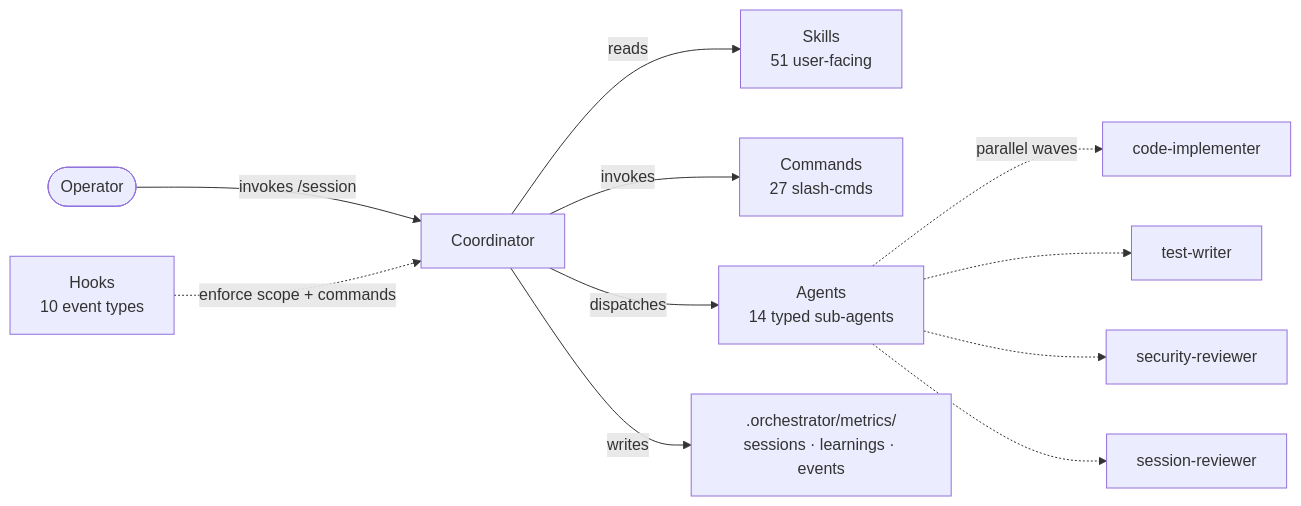
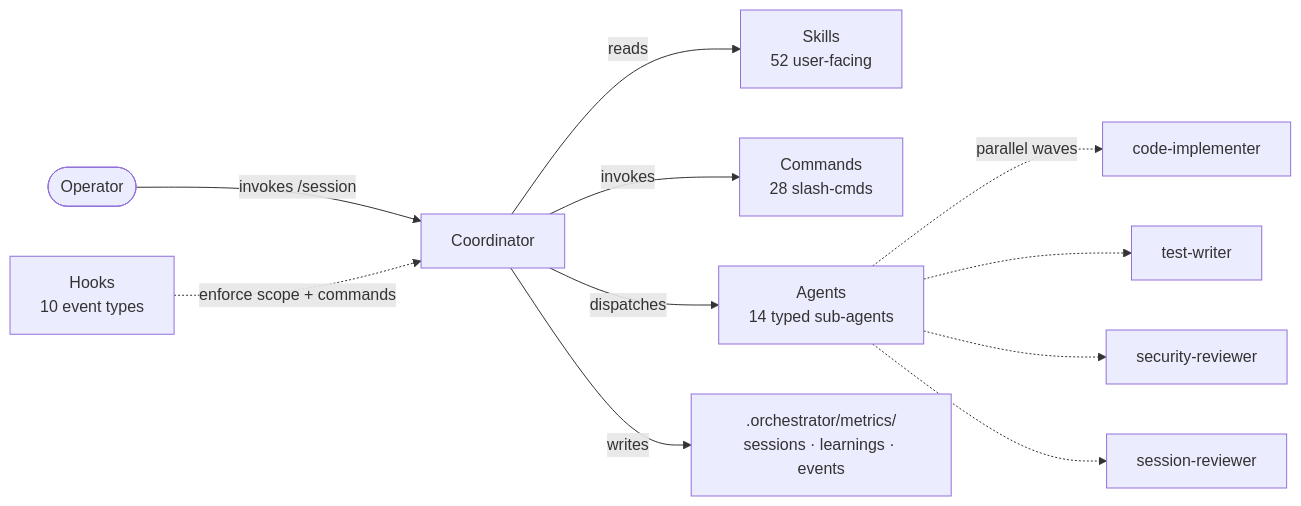
The diagram in docs/components.md (Kanevry/session-orchestrator), drawn with Mermaid before and after one commit. The commit also changed other lines of this file and 8 other files, not shown here.

````diff
--- a/docs/components.md
+++ b/docs/components.md
@@ -7,13 +7,13 @@
 ```mermaid
 flowchart LR
     USER([Operator]) -->|invokes /session| COORD[Coordinator]
-    COORD -->|reads| SK[Skills<br/>51 user-facing]
-    COORD -->|invokes| CMD[Commands<br/>27 slash-cmds]
+    COORD -->|reads| SK[Skills<br/>52 user-facing]
+    COORD -->|invokes| CMD[Commands<br/>28 slash-cmds]
     COORD -->|dispatches| AG[Agents<br/>14 typed sub-agents]
     AG -.->|parallel waves| W1[code-implementer]
     AG -.-> W2[test-writer]
     AG -.-> W3[security-reviewer]
     AG -.-> W4[session-reviewer]
     HOOK[Hooks<br/>10 event types] -.->|enforce scope + commands| COORD
     COORD -->|writes| METRIC[.orchestrator/metrics/<br/>sessions · learnings · events]
 ```
````
